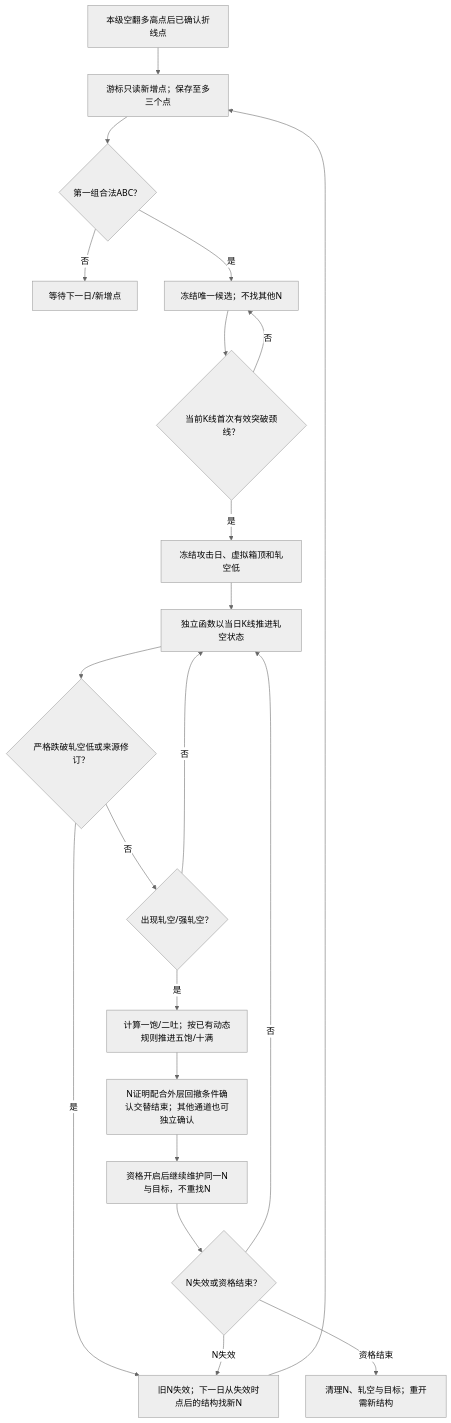
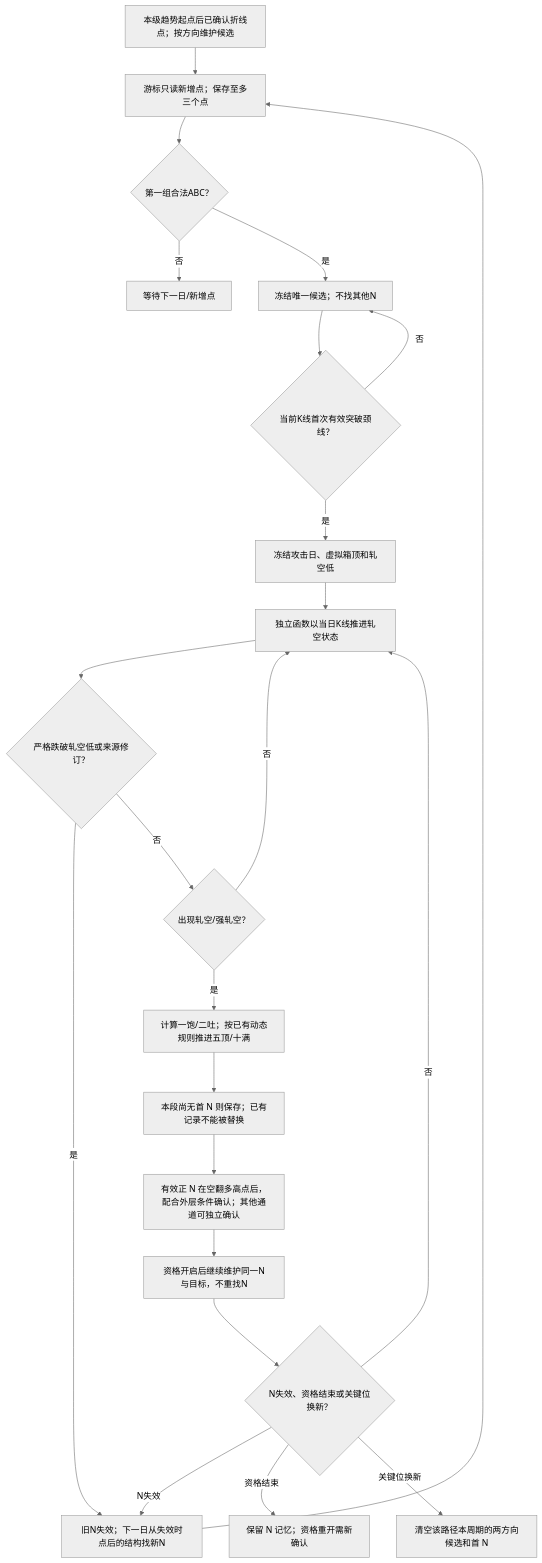
Before and after one commit to bobo553/wavequant-monorepo: the sixth of 19 diagrams in docs/trend-analysis-flow.md, drawn with Mermaid (neutral theme). The commit also changed other lines of this file and 56 other files, not shown here.

````diff
--- a/docs/trend-analysis-flow.md
+++ b/docs/trend-analysis-flow.md
@@ -232,23 +234,25 @@
 ```mermaid
 flowchart TD
-    H["本级空翻多高点后已确认折线点"] --> P["游标只读新增点；保存至多三个点"]
+    H["本级趋势起点后已确认折线点；按方向维护候选"] --> P["游标只读新增点；保存至多三个点"]
     P --> N{"第一组合法ABC？"}
     N -->|否| NEXT["等待下一日/新增点"]
     N -->|是| HOLD["冻结唯一候选；不找其他N"]
     HOLD --> ATK{"当前K线首次有效突破颈线？"}
     ATK -->|否| HOLD
     ATK -->|是| DEF["冻结攻击日、虚拟箱顶和轧空低"]
     DEF --> SQ["独立函数以当日K线推进轧空状态"]
     SQ --> BROKEN{"严格跌破轧空低或来源修订？"}
     BROKEN -->|是| RETIRE["旧N失效；下一日从失效时点后的结构找新N"]
     RETIRE --> P
     BROKEN -->|否| CONF{"出现轧空/强轧空？"}
     CONF -->|否| SQ
-    CONF -->|是| TARGET["计算一饱/二吐；按已有动态规则推进五饱/十满"]
-    TARGET --> QUAL["N证明配合外层回撤条件确认交替结束；其他通道也可独立确认"]
+    CONF -->|是| TARGET["计算一饱/二吐；按已有动态规则推进五顶/十满"]
+    TARGET --> SAVE["本段尚无首 N 则保存；已有记录不能被替换"]
+    SAVE --> QUAL["有效正 N 在空翻多高点后，配合外层条件确认；其他通道可独立确认"]
     QUAL --> ACTIVE["资格开启后继续维护同一N与目标，不重找N"]
-    ACTIVE --> END{"N失效或资格结束？"}
+    ACTIVE --> END{"N失效、资格结束或关键位换新？"}
     END -->|否| SQ
     END -->|N失效| RETIRE
-    END -->|资格结束| CLEAR["清理N、轧空与目标；重开需新结构"]
+    END -->|资格结束| KEEP["保留 N 记忆；资格重开需新确认"]
+    END -->|关键位换新| CLEAR["清空该路径本周期的两方向候选和首 N"]
 ```
````
